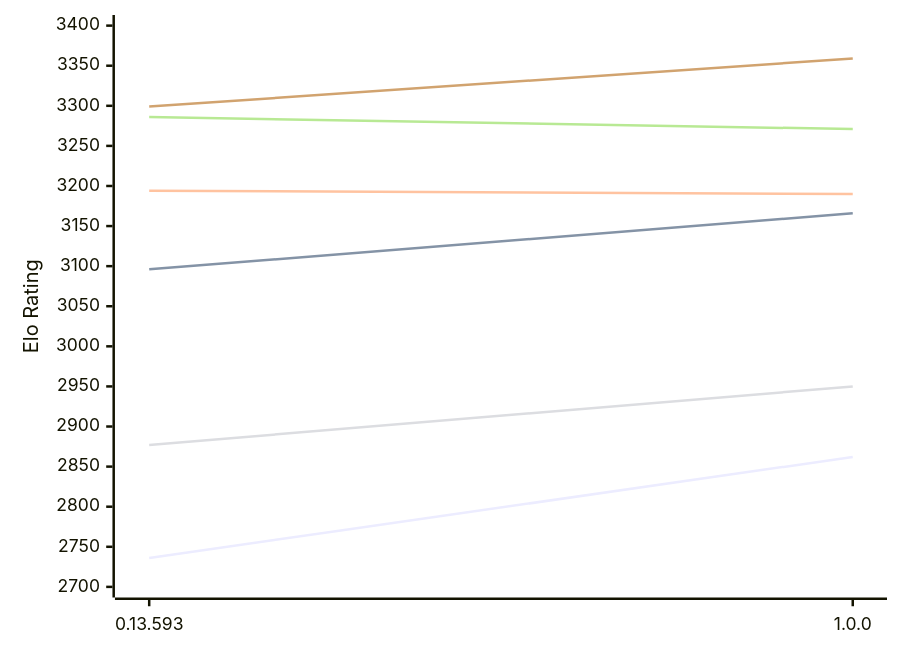
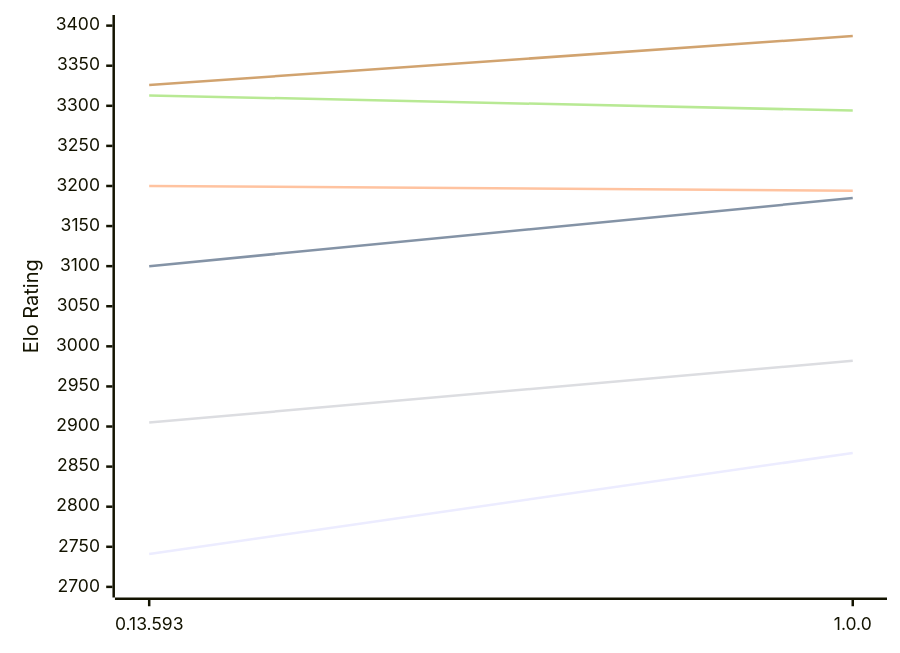
Before and after one commit to computer-chess-index/cci: the diagram in engines/Pawnstar.md, drawn with Mermaid. The commit also changed other lines of this file, not shown here.

Commit message:
Update CCI Ratings (ELO VLTC) - 2026-10-21

````diff
--- a/engines/Pawnstar.md
+++ b/engines/Pawnstar.md
@@ -49,12 +49,12 @@
 ```mermaid
 %%{init: {"theme":"base","themeVariables":{"seriesColors:['#a3a3a3','#222221','#faa371']}}}%%
 xychart-beta
   x-axis ["0.13.593", "1.0.0"]
   y-axis "Elo Rating" 2700 --> 3400
-  line "E1: STC (8.0+0.08s)" [2736, 2862]
-  line "E1: LTC (60.0+0.60s)" [3096, 3166]
-  line "E1: VLTC (2m24s+1.12s)" [3194, 3190]
-  line "P1: STC (8.0+0.08s)" [2877, 2950]
-  line "P1: LTC (60.0+0.60s)" [3286, 3271]
-  line "P1: VLTC (2m24s+1.12s)" [3299, 3359]
+  line "E1: STC (8.0+0.08s)" [2741, 2867]
+  line "E1: LTC (60.0+0.60s)" [3100, 3185]
+  line "E1: VLTC (2m24s+1.12s)" [3200, 3194]
+  line "P1: STC (8.0+0.08s)" [2905, 2982]
+  line "P1: LTC (60.0+0.60s)" [3313, 3294]
+  line "P1: VLTC (2m24s+1.12s)" [3326, 3387]
 ```
````
